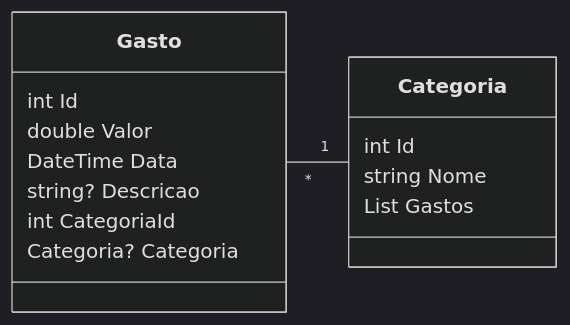
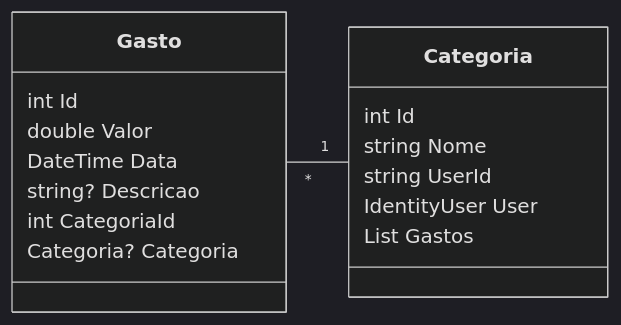
The diagram in README.md (Ramon-Mateus/ContaMente-API), drawn with Mermaid (dark theme) before and after one commit.

Commit message:
Atualizado diagrama de classes

````diff
--- a/README.md
+++ b/README.md
@@ -13,18 +13,20 @@
 ```mermaid
   classDiagram
     direction LR
     Gasto "*"--"1" Categoria
 
     class Gasto
     Gasto : int Id
     Gasto : double Valor
     Gasto : DateTime Data
     Gasto : string? Descricao
     Gasto : int CategoriaId
     Gasto :  Categoria? Categoria
 
     class Categoria
     Categoria : int Id
     Categoria : string Nome
+    Categoria : string UserId
+    Categoria : IdentityUser User
     Categoria : List<Gasto> Gastos
 ```
````
